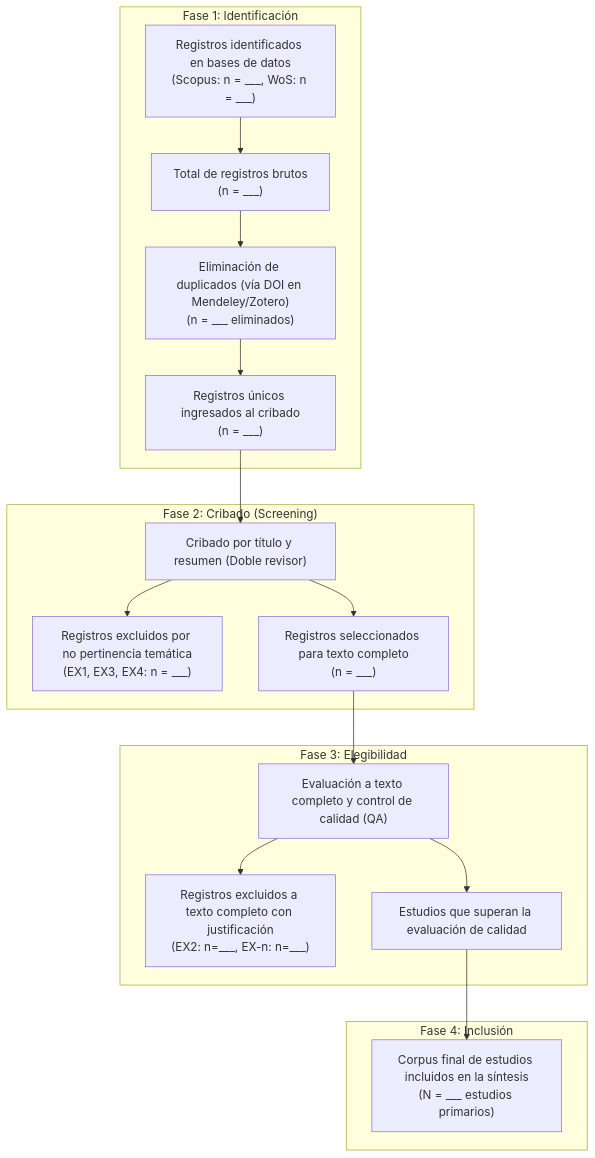
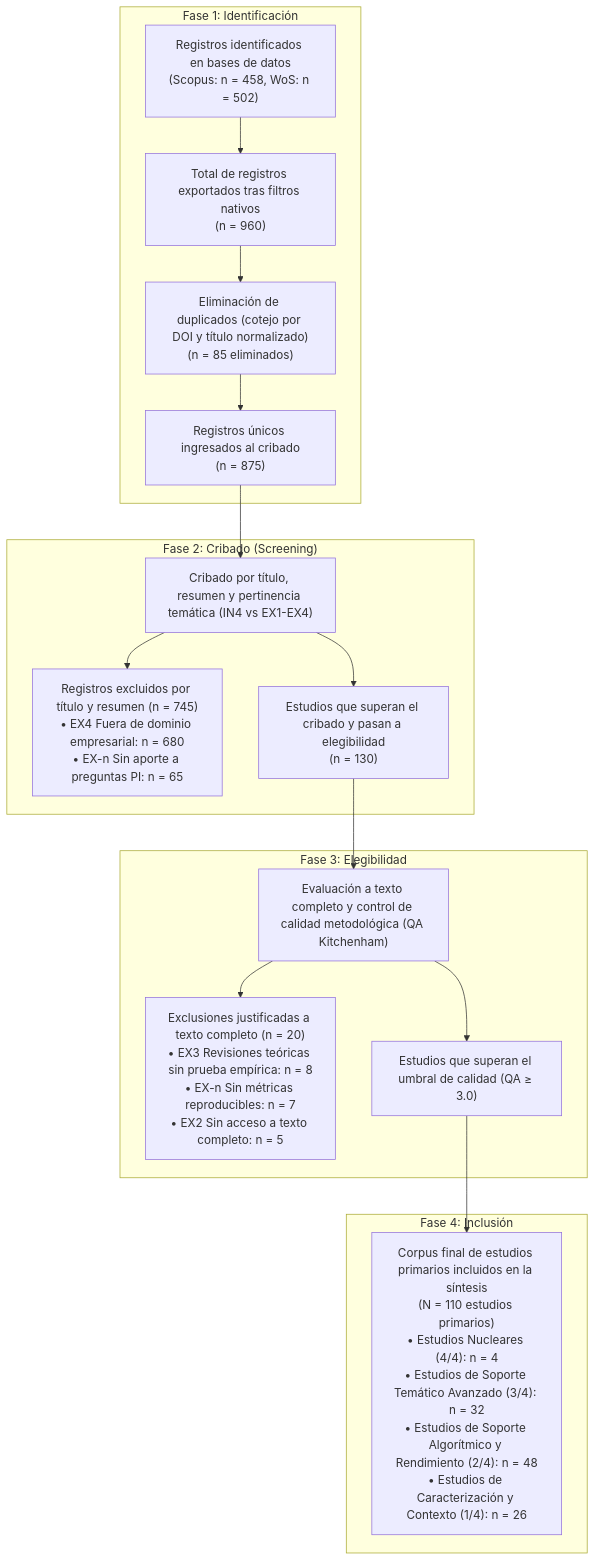
One commit to Andrer50/Formacion_Investigacion_42922 changed the diagram in project/metodologia/main.md. Above: the diagram before and after it, drawn with Mermaid. The commit also changed other lines of this file and 17 other files, not shown here.

````diff
--- a/project/metodologia/main.md
+++ b/project/metodologia/main.md
@@ -193,24 +196,24 @@
 ```mermaid
 flowchart TD
     subgraph F1["Fase 1: Identificación"]
-        A1["Registros identificados en bases de datos<br>(Scopus: n = ___, WoS: n = ___)"] --> A2["Total de registros brutos<br>(n = ___)"]
-        A2 --> A3["Eliminación de duplicados (vía DOI en Mendeley/Zotero)<br>(n = ___ eliminados)"]
-        A3 --> A4["Registros únicos ingresados al cribado<br>(n = ___)"]
+        A1["Registros identificados en bases de datos<br>(Scopus: n = 458, WoS: n = 502)"] --> A2["Total de registros exportados tras filtros nativos<br>(n = 960)"]
+        A2 --> A3["Eliminación de duplicados (cotejo por DOI y título normalizado)<br>(n = 85 eliminados)"]
+        A3 --> A4["Registros únicos ingresados al cribado<br>(n = 875)"]
     end
 
     subgraph F2["Fase 2: Cribado (Screening)"]
-        A4 --> B1["Cribado por título y resumen (Doble revisor)"]
-        B1 --> B2["Registros excluidos por no pertinencia temática<br>(EX1, EX3, EX4: n = ___)"]
-        B1 --> B3["Registros seleccionados para texto completo<br>(n = ___)"]
+        A4 --> B1["Cribado por título, resumen y pertinencia temática (IN4 vs EX1-EX4)"]
+        B1 --> B2["Registros excluidos por título y resumen (n = 745)<br>• EX4 Fuera de dominio empresarial: n = 680<br>• EX-n Sin aporte a preguntas PI: n = 65"]
+        B1 --> B3["Estudios que superan el cribado y pasan a elegibilidad<br>(n = 130)"]
     end
 
     subgraph F3["Fase 3: Elegibilidad"]
-        B3 --> C1["Evaluación a texto completo y control de calidad (QA)"]
-        C1 --> C2["Registros excluidos a texto completo con justificación<br>(EX2: n=___, EX-n: n=___)"]
-        C1 --> C3["Estudios que superan la evaluación de calidad"]
+        B3 --> C1["Evaluación a texto completo y control de calidad metodológica (QA Kitchenham)"]
+        C1 --> C2["Exclusiones justificadas a texto completo (n = 20)<br>• EX3 Revisiones teóricas sin prueba empírica: n = 8<br>• EX-n Sin métricas reproducibles: n = 7<br>• EX2 Sin acceso a texto completo: n = 5"]
+        C1 --> C3["Estudios que superan el umbral de calidad (QA ≥ 3.0)"]
     end
 
     subgraph F4["Fase 4: Inclusión"]
-        C3 --> D1["Corpus final de estudios incluidos en la síntesis<br>(N = ___ estudios primarios)"]
+        C3 --> D1["Corpus final de estudios primarios incluidos en la síntesis<br>(N = 110 estudios primarios)<br>• Estudios Nucleares (4/4): n = 4<br>• Estudios de Soporte Temático Avanzado (3/4): n = 32<br>• Estudios de Soporte Algorítmico y Rendimiento (2/4): n = 48<br>• Estudios de Caracterización y Contexto (1/4): n = 26"]
     end
 ```
````
